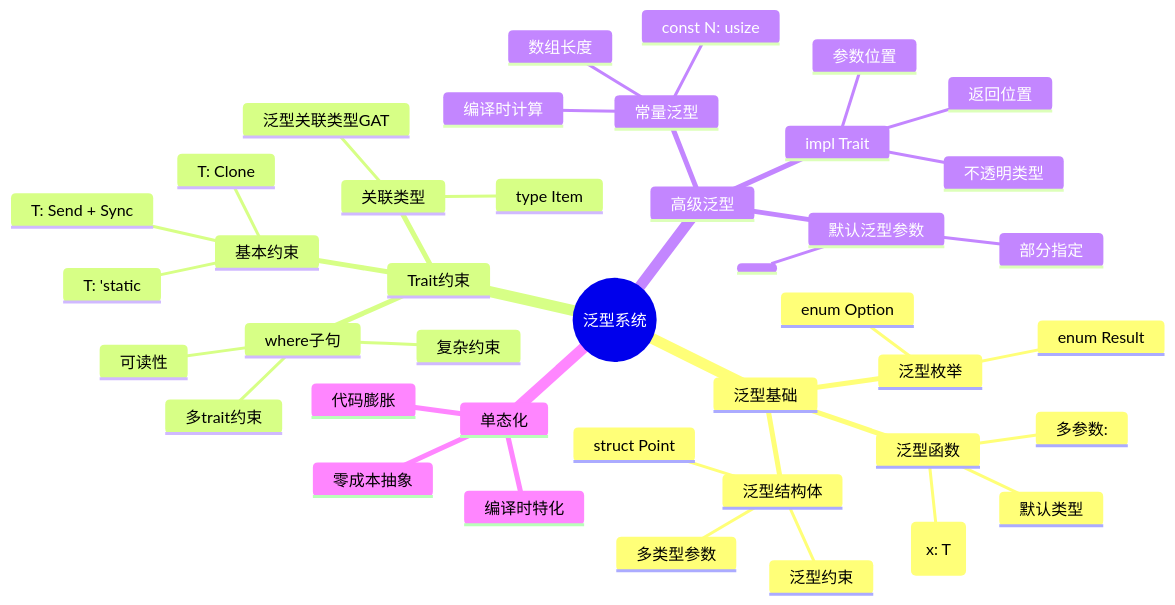
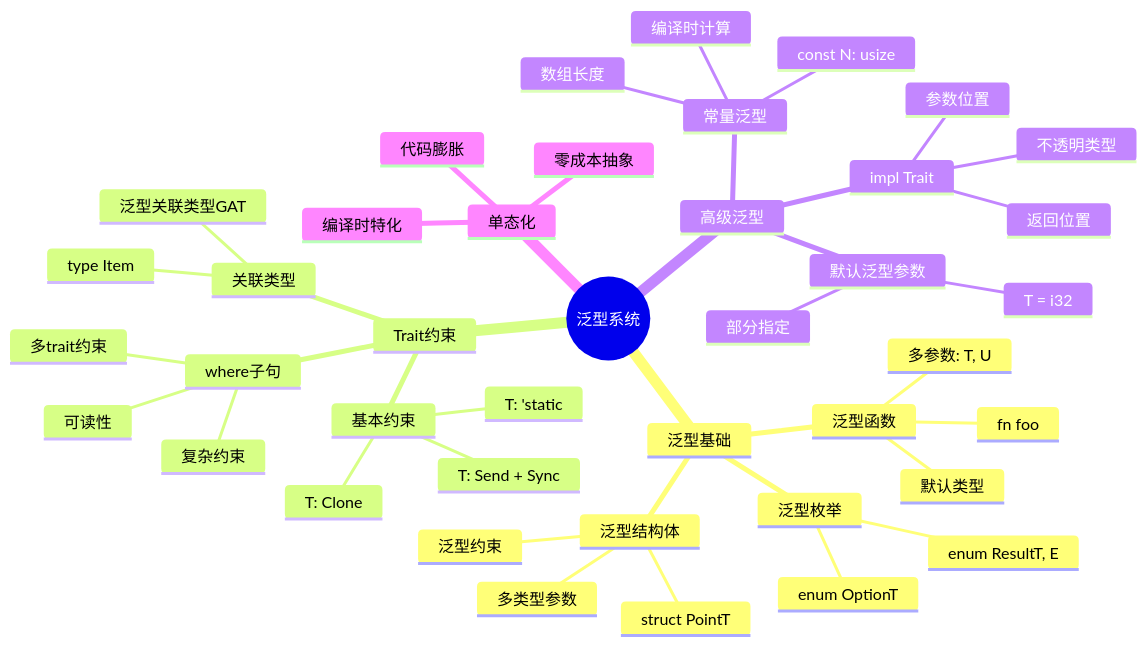
Before and after one commit to martin-ly/rust-lang: the fifth of 19 diagrams in docs/04_thinking/04_mind_map_collection.md, drawn with Mermaid. The commit also changed other lines of this file and 97 other files, not shown here.

````diff
--- a/docs/04_thinking/04_mind_map_collection.md
+++ b/docs/04_thinking/04_mind_map_collection.md
@@ -296,44 +296,44 @@
 ```mermaid
 mindmap
   root((泛型系统))
     泛型基础
       泛型函数
-        fn foo<T>(x: T)
-        多参数: <T, U>
+        fn foo
+        多参数: T, U
         默认类型
       泛型结构体
-        struct Point<T>
+        struct PointT
         多类型参数
         泛型约束
       泛型枚举
-        enum Option<T>
-        enum Result<T, E>
+        enum OptionT
+        enum ResultT, E
     Trait约束
       基本约束
         T: Clone
         T: Send + Sync
         T: 'static
       where子句
         复杂约束
         可读性
         多trait约束
       关联类型
         type Item
         泛型关联类型GAT
     高级泛型
       常量泛型
         const N: usize
         数组长度
         编译时计算
       默认泛型参数
-        <T = i32>
+        T = i32
         部分指定
       impl Trait
         参数位置
         返回位置
         不透明类型
     单态化
       编译时特化
       零成本抽象
       代码膨胀
 ```
````
